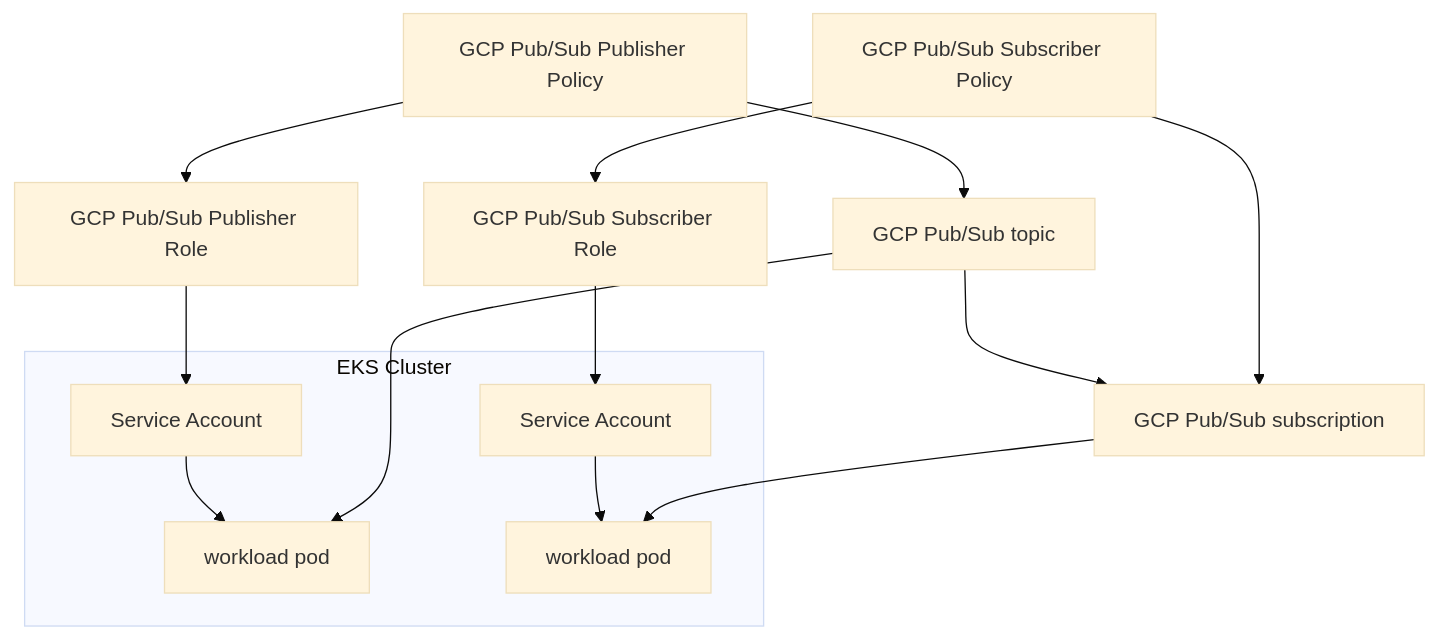
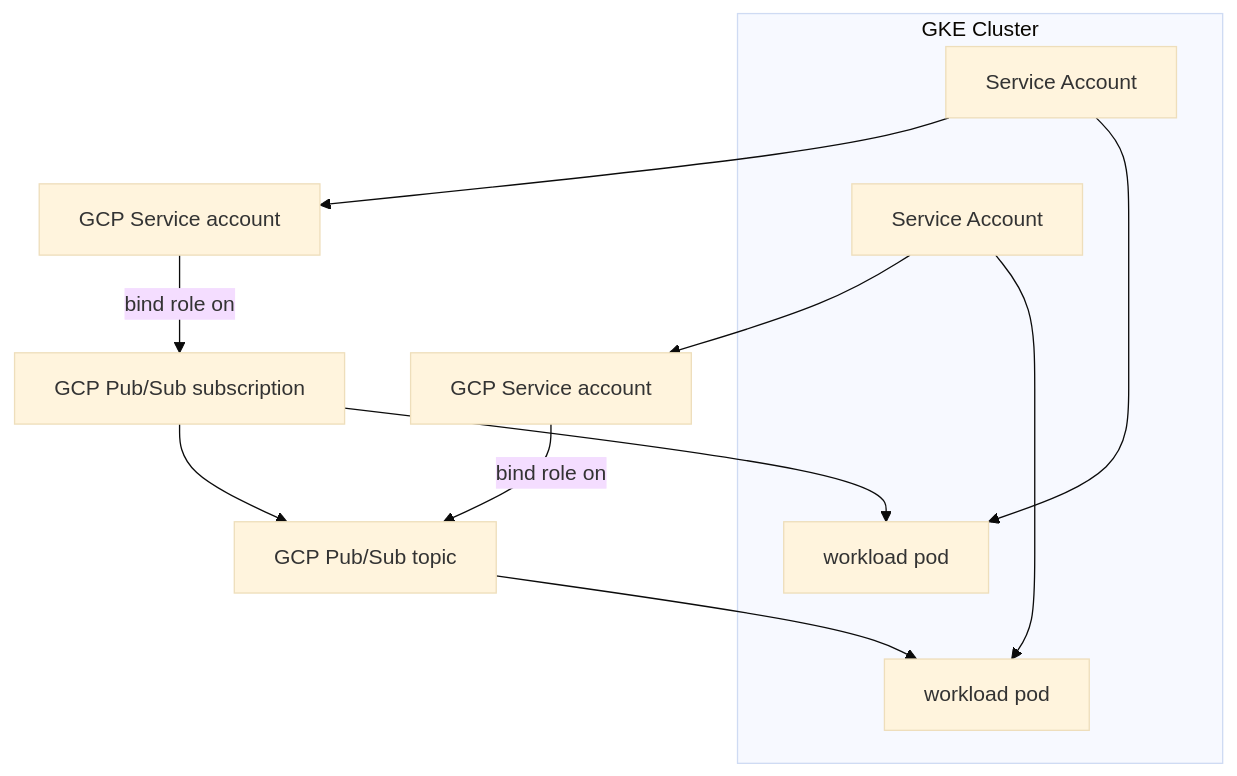
One commit to humanitec-architecture/resource-packs-gcp changed the first of 2 diagrams in examples/gcp-pubsub/README.md. Above: the diagram before and after it, drawn with Mermaid (base theme). The commit also changed other lines of this file and 1 other file, not shown here.

Commit message:
fix: diagrams

````diff
--- a/examples/gcp-pubsub/README.md
+++ b/examples/gcp-pubsub/README.md
@@ -85,23 +44,21 @@
 ```mermaid
 graph TD;
   topic["GCP Pub/Sub topic"]
-  topic_policy["GCP Pub/Sub Publisher Policy"]
-  topic_role["GCP Pub/Sub Publisher Role"]
   sub["GCP Pub/Sub subscription"]
-  sub_policy["GCP Pub/Sub Subscriber Policy"]
-  sub_role["GCP Pub/Sub Subscriber Role"]
-  subgraph EKS Cluster
+  topic_account["GCP Service account"]
+  sub_account["GCP Service account"]
+  subgraph GKE Cluster
     topic_pod[workload pod]
     topic_service[Service Account]
     sub_pod[workload pod]
     sub_service[Service Account]
   end
+  topic_service --> topic_account -- bind role on --> topic
+  topic_service --> topic_pod
   topic --> topic_pod
-  topic_policy --> topic
-  topic_policy --> topic_role --> topic_service --> topic_pod
+  sub_service --> sub_account -- bind role on --> sub
+  sub_service --> sub_pod
   sub --> sub_pod
-  sub_policy --> sub
-  sub_policy --> sub_role --> sub_service --> sub_pod
-  topic --> sub
+  sub --> topic
 
 ```
````
